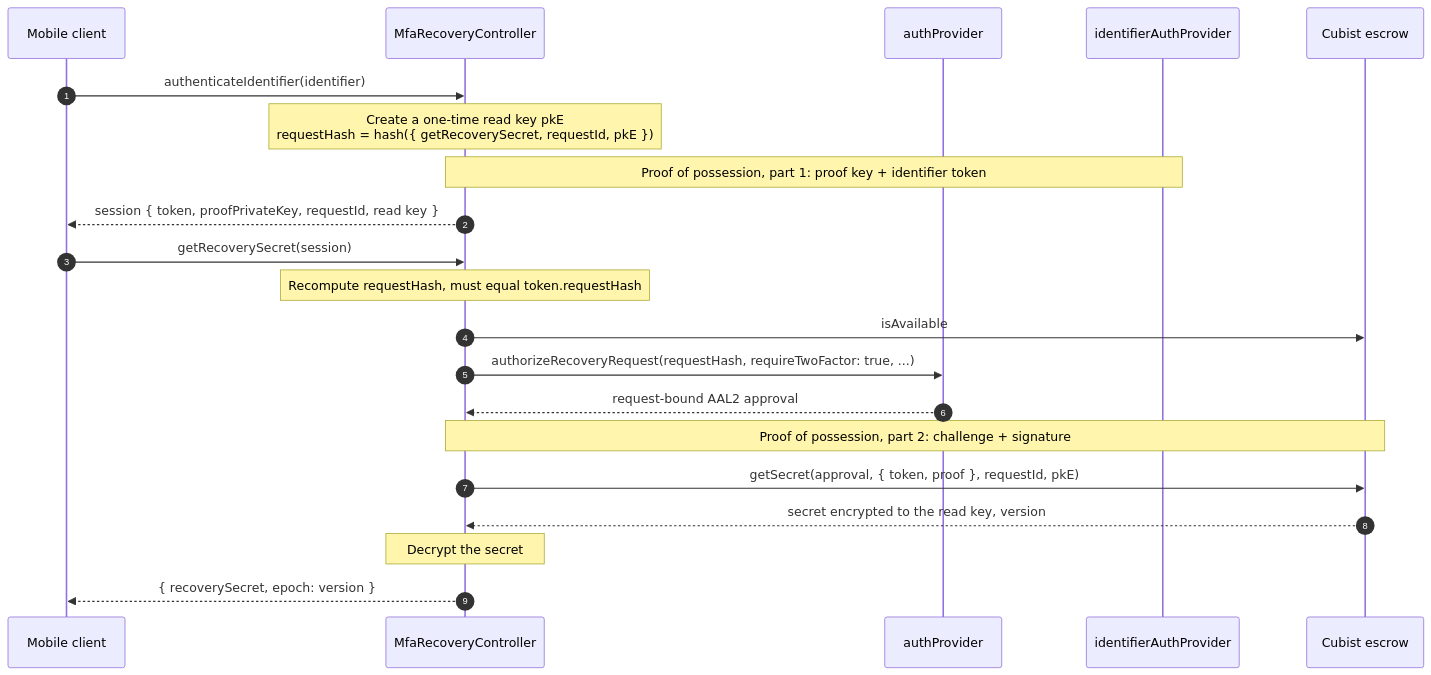
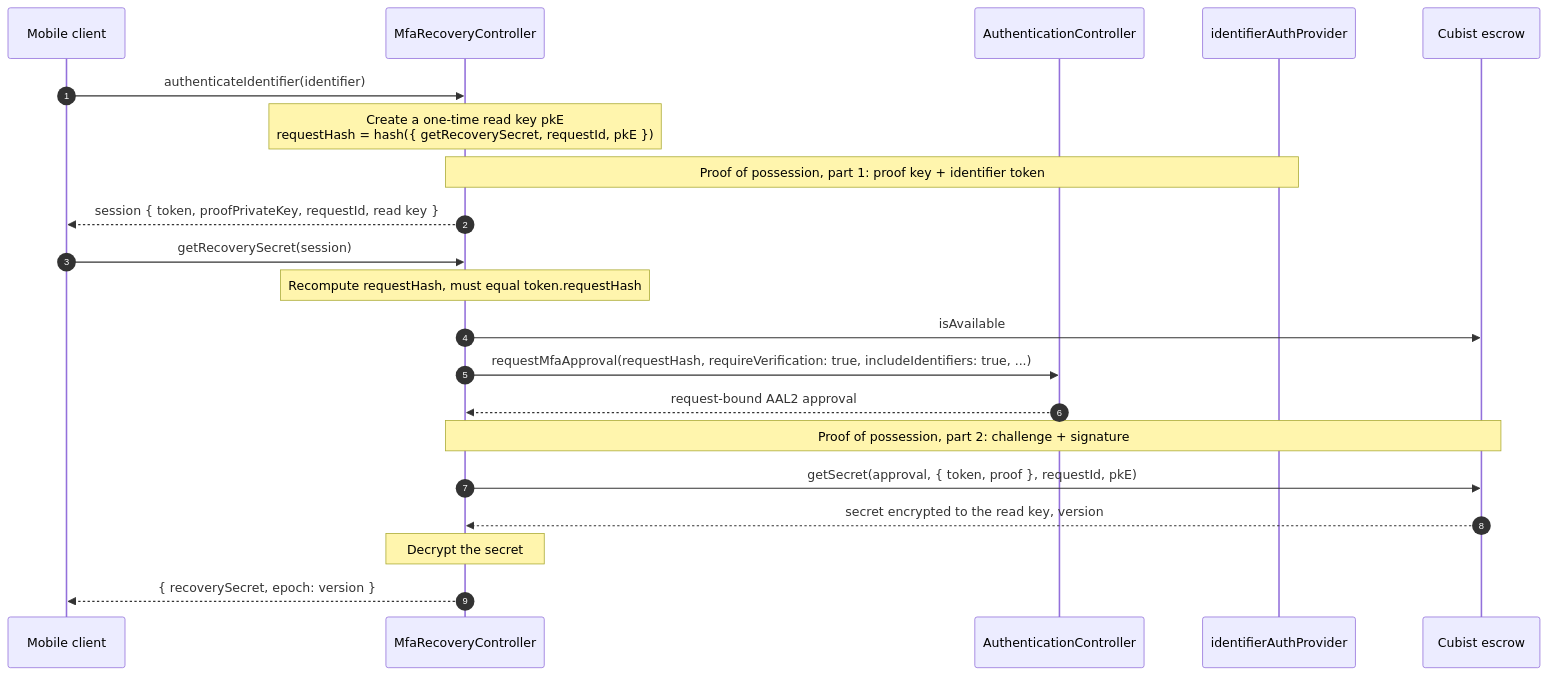
The third of 3 diagrams in packages/mfa-recovery-controller/CUBIST_TEST_SEQUENCE.md (MetaMask/core), drawn with Mermaid before and after one commit. The commit also changed other lines of this file and 17 other files, not shown here.

First line of the commit message:
feat(mfa-recovery-controller): integrate AuthenticationController for MFA approvals

````diff
--- a/packages/mfa-recovery-controller/CUBIST_TEST_SEQUENCE.md
+++ b/packages/mfa-recovery-controller/CUBIST_TEST_SEQUENCE.md
@@ -125,25 +122,25 @@
 ```mermaid
 sequenceDiagram
   autonumber
   participant Mobile as Mobile client
   participant C as MfaRecoveryController
-  participant Auth as authProvider
+  participant Auth as AuthenticationController
   participant Id as identifierAuthProvider
   participant Cubist as Cubist escrow
 
   Mobile->>C: authenticateIdentifier(identifier)
   Note over C: Create a one-time read key pkE<br/>requestHash = hash({ getRecoverySecret, requestId, pkE })
   Note over C,Id: Proof of possession, part 1: proof key + identifier token
   C-->>Mobile: session { token, proofPrivateKey, requestId, read key }
 
   Mobile->>C: getRecoverySecret(session)
   Note over C: Recompute requestHash, must equal token.requestHash
   C->>Cubist: isAvailable
-  C->>Auth: authorizeRecoveryRequest(requestHash, requireTwoFactor: true, ...)
+  C->>Auth: requestMfaApproval(requestHash, requireVerification: true, includeIdentifiers: true, ...)
   Auth-->>C: request-bound AAL2 approval
   Note over C,Cubist: Proof of possession, part 2: challenge + signature
   C->>Cubist: getSecret(approval, { token, proof }, requestId, pkE)
   Cubist-->>C: secret encrypted to the read key, version
   Note over C: Decrypt the secret
   C-->>Mobile: { recoverySecret, epoch: version }
 ```
````
